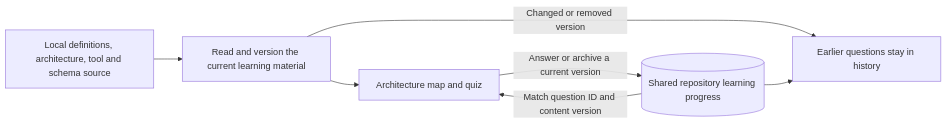
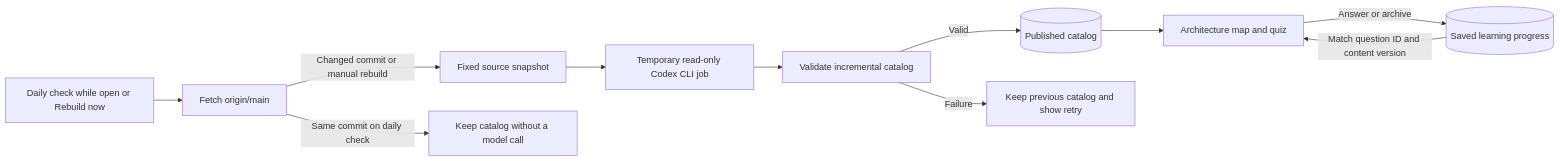
The second of 2 diagrams in docs/development.md (lustoykov/hallvi), drawn with Mermaid before and after one commit. The commit also changed other lines of this file and 16 other files, not shown here.

Commit message:
Keep architecture learning current with daily Codex rebuilds

````diff
--- a/docs/development.md
+++ b/docs/development.md
@@ -134,10 +158,13 @@
 ```mermaid
 flowchart LR
-    Sources[Local definitions, architecture, tool and schema source]
-    Sources --> Extract[Read and version the current learning material]
-    Extract --> View[Architecture map and quiz]
-    View -->|Answer or archive a current version| Progress[(Shared repository learning progress)]
+    Page[Daily check while open or Rebuild now] --> Fetch[Fetch origin/main]
+    Fetch -->|Changed commit or manual rebuild| Snapshot[Fixed source snapshot]
+    Fetch -->|Same commit on daily check| Skip[Keep catalog without a model call]
+    Snapshot --> Codex[Temporary read-only Codex CLI job]
+    Codex --> Validate[Validate incremental catalog]
+    Validate -->|Valid| Catalog[(Published catalog)]
+    Validate -->|Failure| Keep[Keep previous catalog and show retry]
+    Catalog --> View[Architecture map and quiz]
+    View -->|Answer or archive| Progress[(Saved learning progress)]
     Progress -->|Match question ID and content version| View
-    Extract -->|Changed or removed version| History[Earlier questions stay in history]
-    Progress --> History
 ```
````
